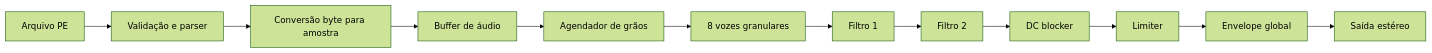
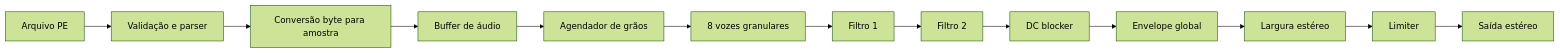
The first of 2 diagrams in docs/SOUND_ENGINE.md (9matesu/Opcoda), drawn with Mermaid (forest theme) before and after one commit. The commit also changed other lines of this file and 43 other files, not shown here.

````diff
--- a/docs/SOUND_ENGINE.md
+++ b/docs/SOUND_ENGINE.md
@@ -5,14 +5,15 @@
 ```mermaid
 flowchart LR
   A[Arquivo PE] --> B[Validação e parser]
   B --> C[Conversão byte para amostra]
   C --> D[Buffer de áudio]
   D --> E[Agendador de grãos]
   E --> F[8 vozes granulares]
   F --> G[Filtro 1]
   G --> H[Filtro 2]
   H --> I[DC blocker]
-  I --> J[Limiter]
-  J --> K[Envelope global]
-  K --> L[Saída estéreo]
+  I --> K[Envelope global]
+  K --> W[Largura estéreo]
+  W --> J[Limiter]
+  J --> L[Saída estéreo]
 ```
````
